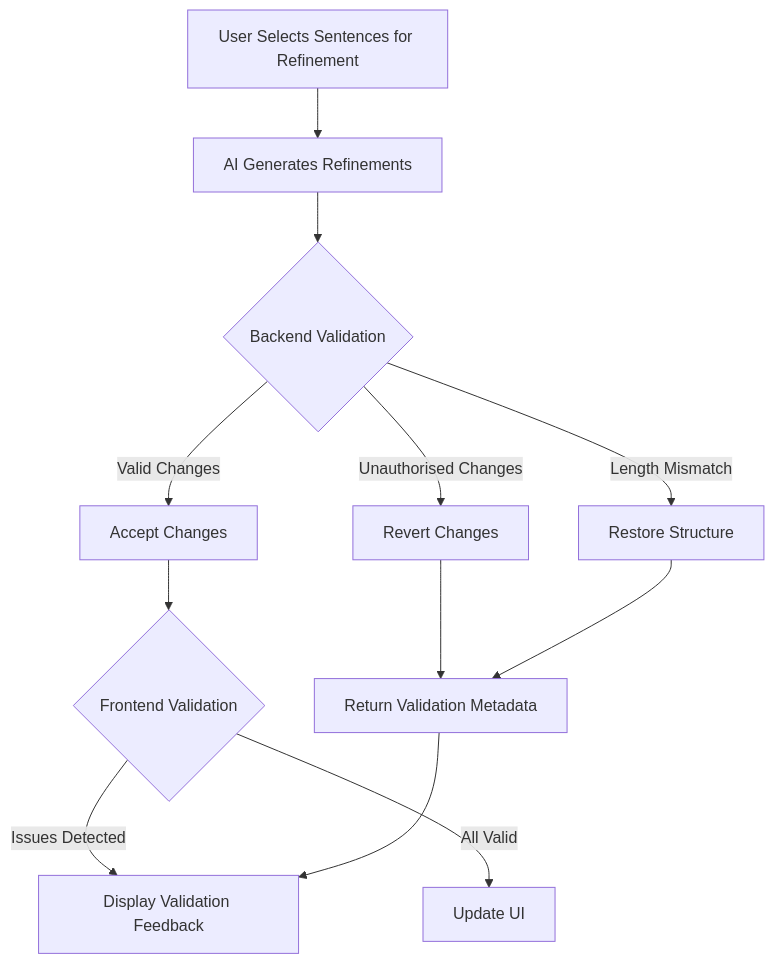
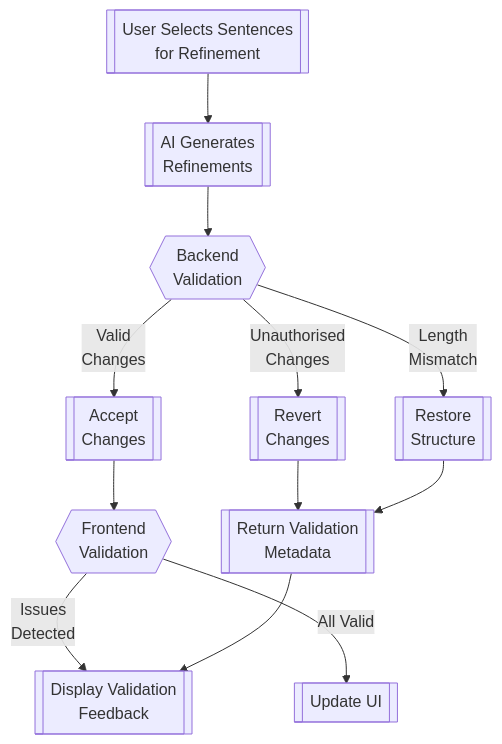
Before and after one commit to abhivir-42/marketing-app-ad-gen: the fifth of 7 diagrams in project-presentation.md, drawn with Mermaid. The commit also changed other lines of this file, not shown here.

Commit message:
Fix: Text truncation in diagrams

````diff
--- a/project-presentation.md
+++ b/project-presentation.md
@@ -329,14 +329,14 @@
 ```mermaid
 flowchart TD
-    A["User Selects Sentences for Refinement"] --> B["AI Generates Refinements"]
-    B --> C{"Backend Validation"}
-    C -->|"Unauthorised Changes"| D["Revert Changes"]
-    C -->|"Length Mismatch"| E["Restore Structure"]
-    C -->|"Valid Changes"| F["Accept Changes"]
-    F --> G{"Frontend Validation"}
-    G -->|"All Valid"| H["Update UI"]
-    G -->|"Issues Detected"| I["Display Validation Feedback"]
-    D --> J["Return Validation Metadata"]
+    A[["User Selects Sentences<br>for Refinement"]] --> B[["AI Generates<br>Refinements"]]
+    B --> C{{"Backend<br>Validation"}}
+    C -->|"Unauthorised<br>Changes"| D[["Revert<br>Changes"]]
+    C -->|"Length<br>Mismatch"| E[["Restore<br>Structure"]]
+    C -->|"Valid<br>Changes"| F[["Accept<br>Changes"]]
+    F --> G{{"Frontend<br>Validation"}}
+    G -->|"All Valid"| H[["Update UI"]]
+    G -->|"Issues<br>Detected"| I[["Display Validation<br>Feedback"]]
+    D --> J[["Return Validation<br>Metadata"]]
     E --> J
     J --> I
 ```
````
